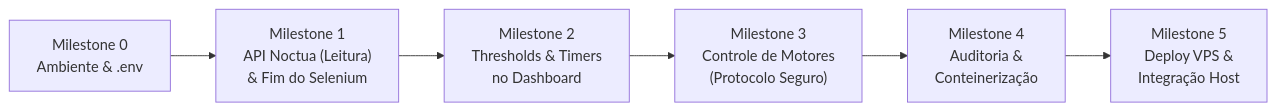
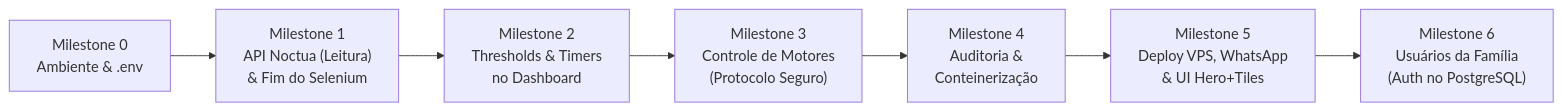
The diagram in ROADMAP.md (brunocorisco86/generalsystemscraping), drawn with Mermaid before and after one commit. The commit also changed other lines of this file and 1 other file, not shown here.

Commit message:
docs(roadmap,diary): consolida sessao 28/10 e adiciona Milestone 6 (usuarios da familia no Postgres)

````diff
--- a/ROADMAP.md
+++ b/ROADMAP.md
@@ -9,8 +9,9 @@
 ```mermaid
 flowchart LR
     M0["Milestone 0<br/>Ambiente & .env"] --> M1["Milestone 1<br/>API Noctua (Leitura)<br/>& Fim do Selenium"]
     M1 --> M2["Milestone 2<br/>Thresholds & Timers<br/>no Dashboard"]
     M2 --> M3["Milestone 3<br/>Controle de Motores<br/>(Protocolo Seguro)"]
     M3 --> M4["Milestone 4<br/>Auditoria &<br/>Conteinerização"]
-    M4 --> M5["Milestone 5<br/>Deploy VPS &<br/>Integração Host"]
+    M4 --> M5["Milestone 5<br/>Deploy VPS, WhatsApp<br/>& UI Hero+Tiles"]
+    M5 --> M6["Milestone 6<br/>Usuários da Família<br/>(Auth no PostgreSQL)"]
 ```
````
